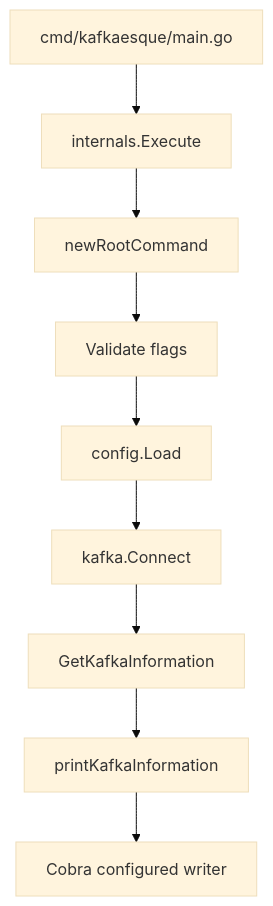
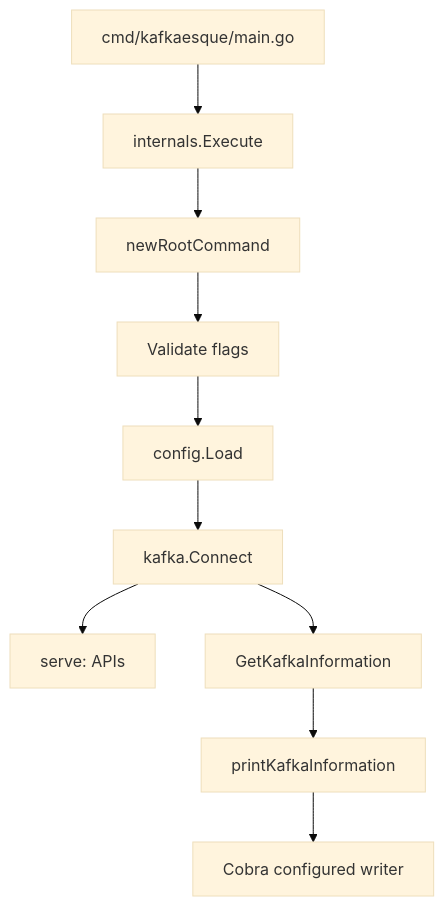
Before and after one commit to nikhil25803/kafkaesque: the first of 2 diagrams in CONTRIBUTING.md, drawn with Mermaid (base theme). The commit also changed other lines of this file and 16 other files, not shown here.

````diff
--- a/CONTRIBUTING.md
+++ b/CONTRIBUTING.md
@@ -82,11 +82,12 @@
 ```mermaid
 flowchart TD
     A[cmd/kafkaesque/main.go] --> B[internals.Execute]
     B --> C[newRootCommand]
     C --> D[Validate flags]
     D --> E[config.Load]
     E --> F[kafka.Connect]
+    F --> S[serve: APIs]
     F --> G[GetKafkaInformation]
     G --> H[printKafkaInformation]
     H --> I[Cobra configured writer]
 ```
````
